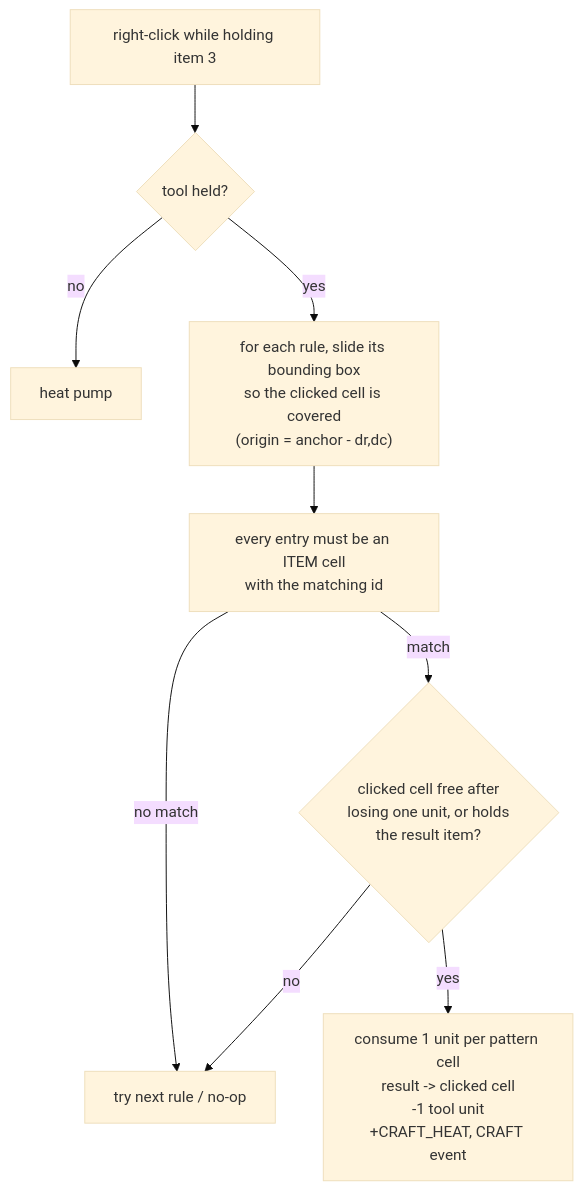
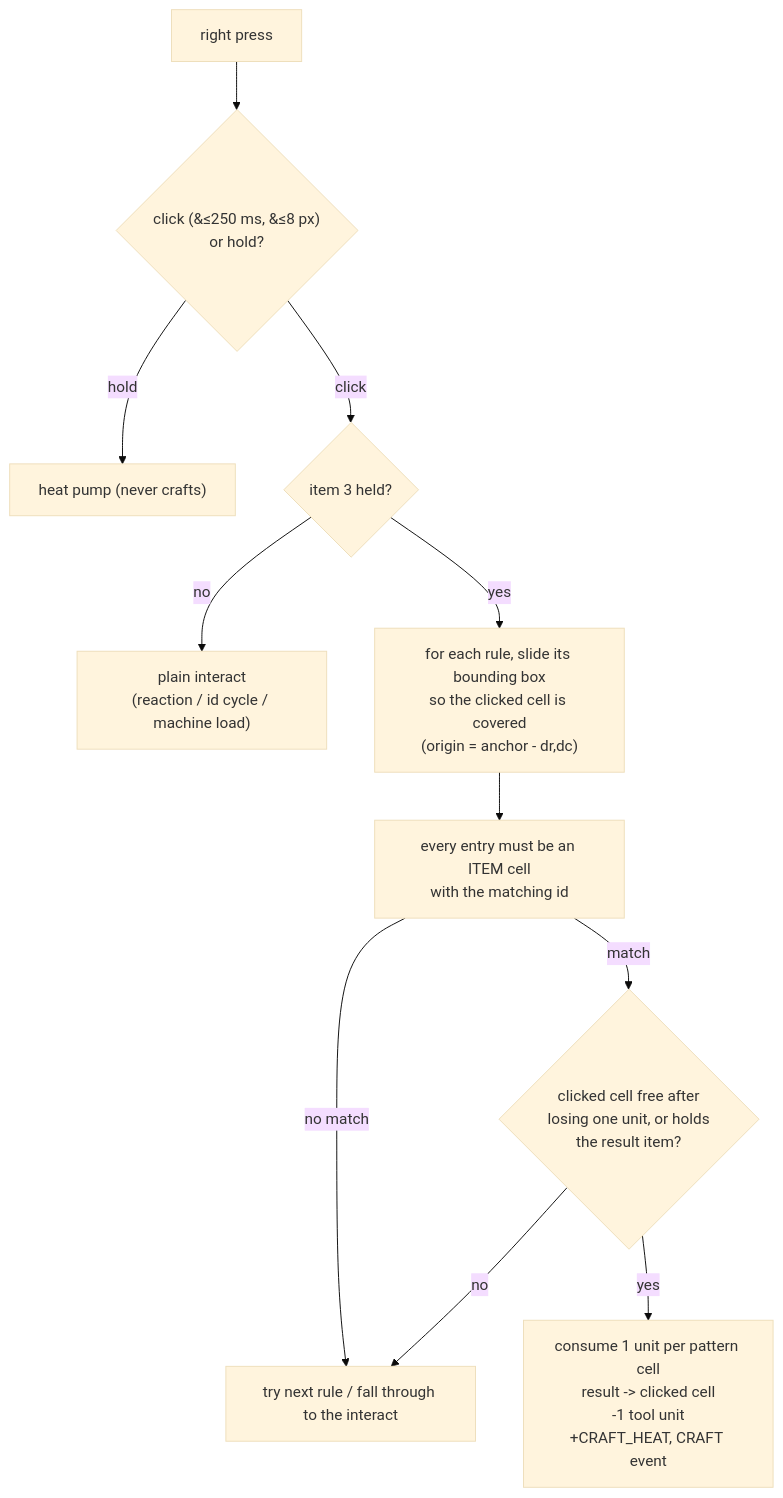
Before and after one commit to robspsj/fractory-game: the diagram in docs/crafting.md, drawn with Mermaid (base theme). The commit also changed other lines of this file and 12 other files, not shown here.

````diff
--- a/docs/crafting.md
+++ b/docs/crafting.md
@@ -51,11 +56,13 @@
 ```mermaid
 flowchart TB
-    click["right-click while holding item 3"] --> tool{tool held?}
-    tool -->|no| heat[heat pump]
+    press["right press"] --> kind{"click (&#8804;250 ms, &#8804;8 px)<br/>or hold?"}
+    kind -->|hold| heat["heat pump (never crafts)"]
+    kind -->|click| tool{item 3 held?}
+    tool -->|no| interact["plain interact<br/>(reaction / id cycle / machine load)"]
     tool -->|yes| slide["for each rule, slide its bounding box<br/>so the clicked cell is covered<br/>(origin = anchor - dr,dc)"]
     slide --> cells["every entry must be an ITEM cell<br/>with the matching id"]
-    cells -->|no match| next[try next rule / no-op]
+    cells -->|no match| next["try next rule / fall through to the interact"]
     cells -->|match| place{"clicked cell free after<br/>losing one unit, or holds<br/>the result item?"}
     place -->|no| next
     place -->|yes| commit["consume 1 unit per pattern cell<br/>result -> clicked cell<br/>-1 tool unit<br/>+CRAFT_HEAT, CRAFT event"]
 ```
````
